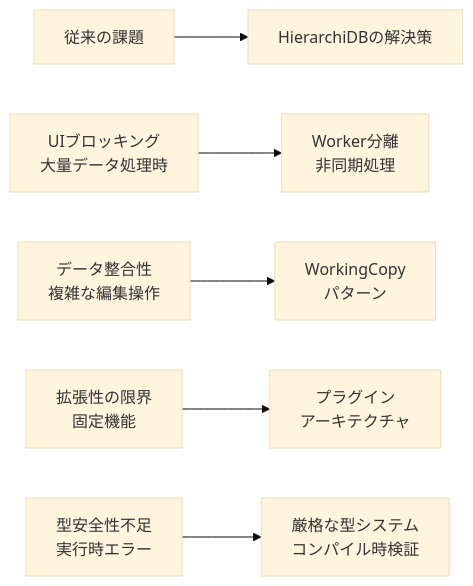
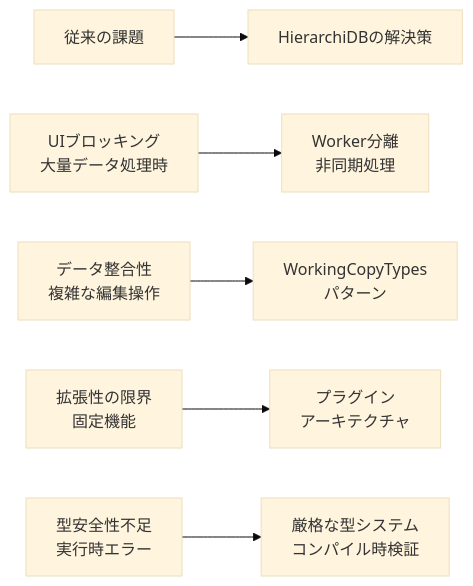
Before and after one commit to kubohiroya/hierarchidb: the second of 23 diagrams in docs/DEVELOPER_REPORT_COMPREHENSIVE/01_EXECUTIVE_SUMMARY.md, drawn with Mermaid (base theme). The commit also changed other lines of this file and 452 other files, not shown here.

````diff
--- a/docs/DEVELOPER_REPORT_COMPREHENSIVE/01_EXECUTIVE_SUMMARY.md
+++ b/docs/DEVELOPER_REPORT_COMPREHENSIVE/01_EXECUTIVE_SUMMARY.md
@@ -43,9 +43,9 @@
 ```mermaid
 graph LR
     A[従来の課題] --> B[HierarchiDBの解決策]
     
     A1[UIブロッキング<br/>大量データ処理時] --> B1[Worker分離<br/>非同期処理]
-    A2[データ整合性<br/>複雑な編集操作] --> B2[WorkingCopy<br/>パターン]
+    A2[データ整合性<br/>複雑な編集操作] --> B2[WorkingCopyTypes<br/>パターン]
     A3[拡張性の限界<br/>固定機能] --> B3[プラグイン<br/>アーキテクチャ]
     A4[型安全性不足<br/>実行時エラー] --> B4[厳格な型システム<br/>コンパイル時検証]
 ```
````
